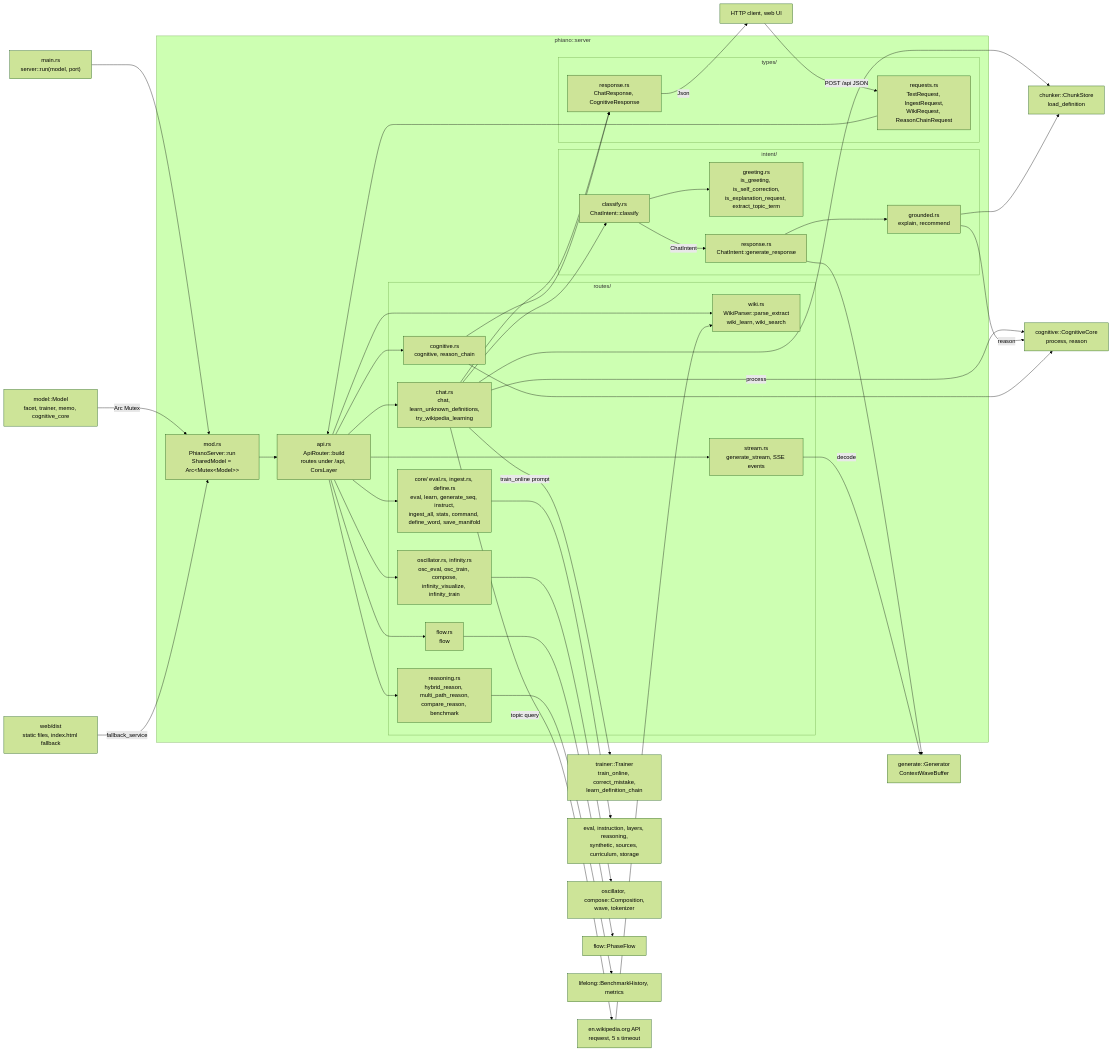
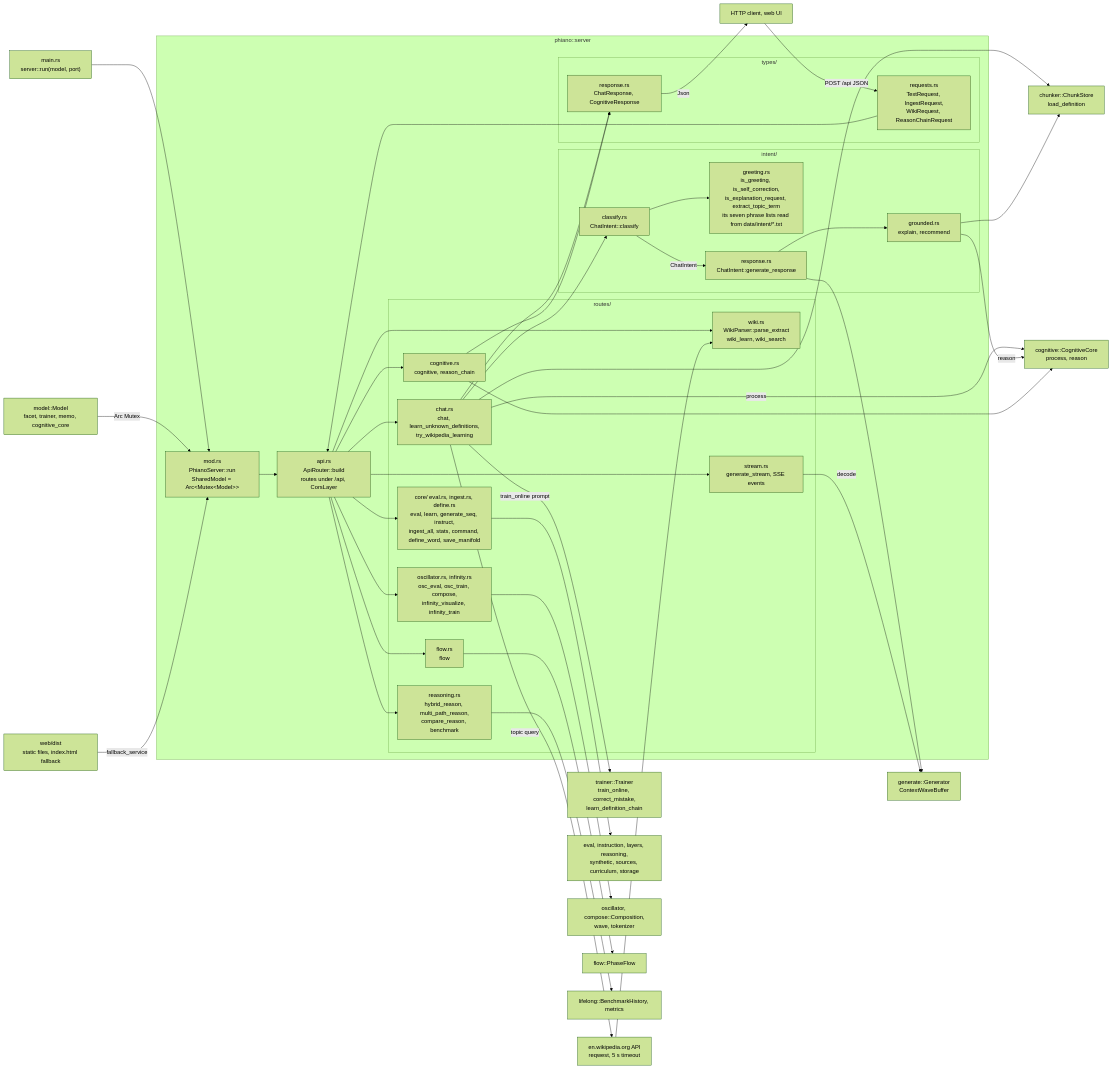
The diagram in docs/phiano/server.md (gemphi/phinet), drawn with Mermaid (forest theme) before and after one commit. The commit also changed 20 other files, not shown here.

```diff
--- a/docs/phiano/server.md
+++ b/docs/phiano/server.md
@@ -30,7 +30,7 @@
 
         subgraph intent["intent/"]
             Classify["classify.rs<br/>ChatIntent::classify"]
-            Patterns["greeting.rs<br/>is_greeting, is_self_correction,<br/>is_explanation_request, extract_topic_term"]
+            Patterns["greeting.rs<br/>is_greeting, is_self_correction,<br/>is_explanation_request, extract_topic_term<br/>its seven phrase lists read from data/intent/*.txt"]
             Respond["response.rs<br/>ChatIntent::generate_response"]
             Grounded["grounded.rs<br/>explain, recommend"]
         end
```
